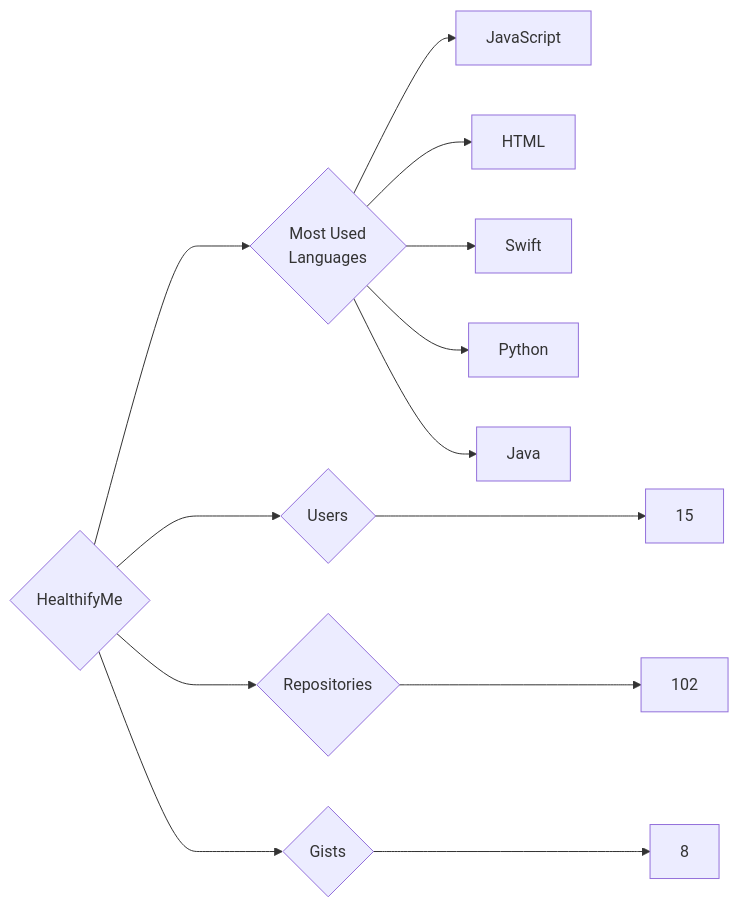
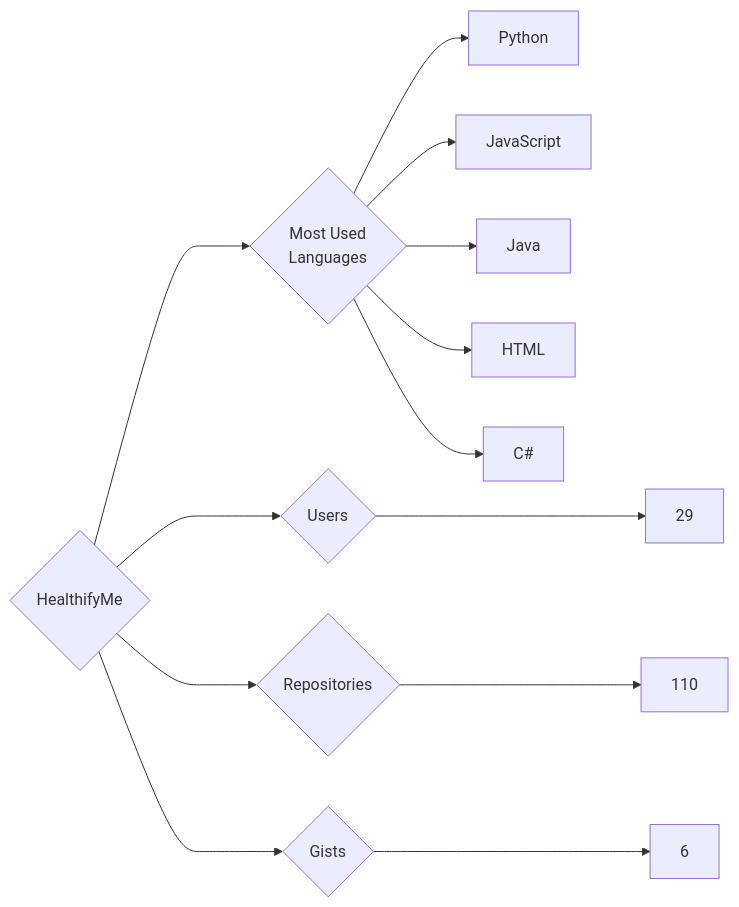
Before and after one commit to trickest/insiders: the diagram in targets/HealthifyMe/README.md, drawn with Mermaid. The commit also changed 699 other files, not shown here.

````diff
--- a/targets/HealthifyMe/README.md
+++ b/targets/HealthifyMe/README.md
@@ -3,13 +3,13 @@
 ```mermaid
 graph LR
 COMPANY_NAME{HealthifyMe}
-COMPANY_NAME ---> U{Users} ---> UN[15]
-COMPANY_NAME ---> R{Repositories} ---> RN[102]
-COMPANY_NAME ---> G{Gists} ---> GN[8]
+COMPANY_NAME ---> U{Users} ---> UN[29]
+COMPANY_NAME ---> R{Repositories} ---> RN[110]
+COMPANY_NAME ---> G{Gists} ---> GN[6]
 COMPANY_NAME ---> ML{Most Used<br>Languages}
+ML --> Python[Python]
 ML --> JavaScript[JavaScript]
+ML --> Java[Java]
 ML --> HTML[HTML]
-ML --> Swift[Swift]
-ML --> Python[Python]
-ML --> Java[Java]
+ML --> C#[C#]
 ```
````
